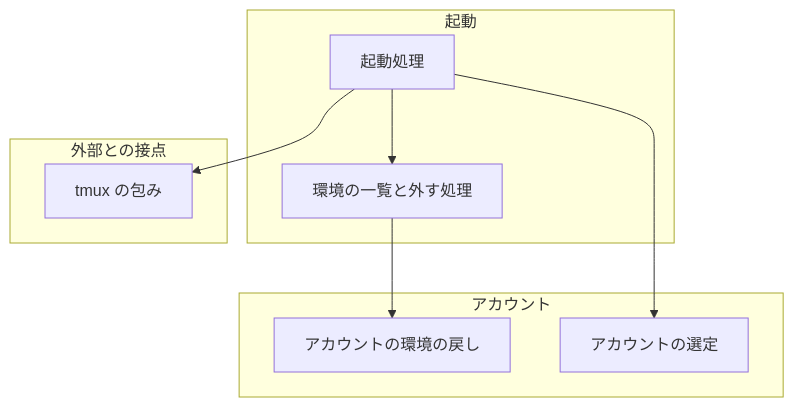
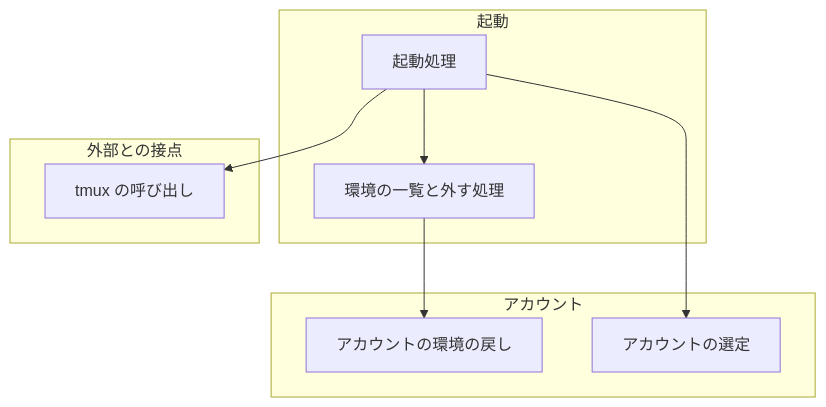
Before and after one commit to devbasex/ai-plugins: the second of 4 diagrams in issues/issue-2656-design.md, drawn with Mermaid. The commit also changed other lines of this file, not shown here.

````diff
--- a/issues/issue-2656-design.md
+++ b/issues/issue-2656-design.md
@@ -154,18 +117,18 @@
 ```mermaid
 graph TD
     subgraph 起動
         A[起動処理]
         B[環境の一覧と外す処理]
     end
     subgraph 外部との接点
-        C[tmux の包み]
+        C[tmux の呼び出し]
     end
     subgraph アカウント
         D[アカウントの環境の戻し]
         E[アカウントの選定]
     end
     A --> C
     A --> B
     B --> D
     A --> E
 ```
````
